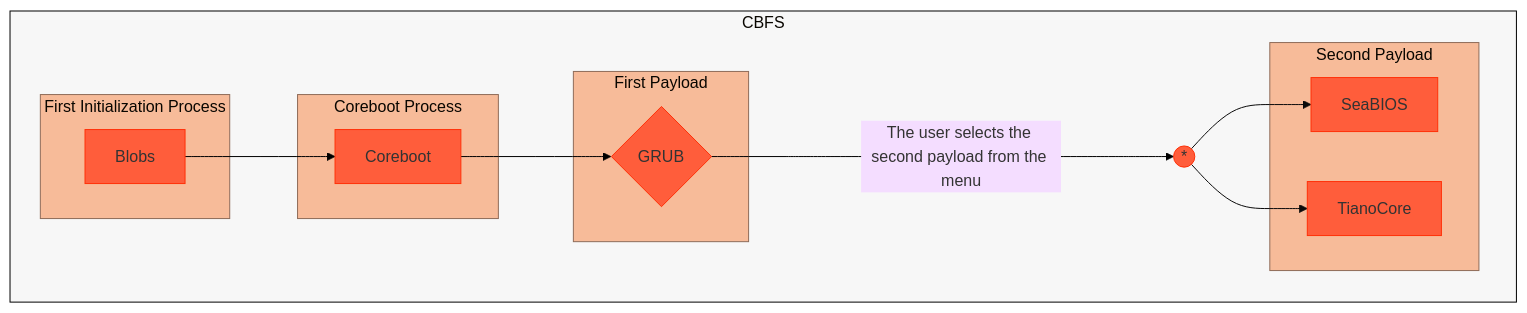
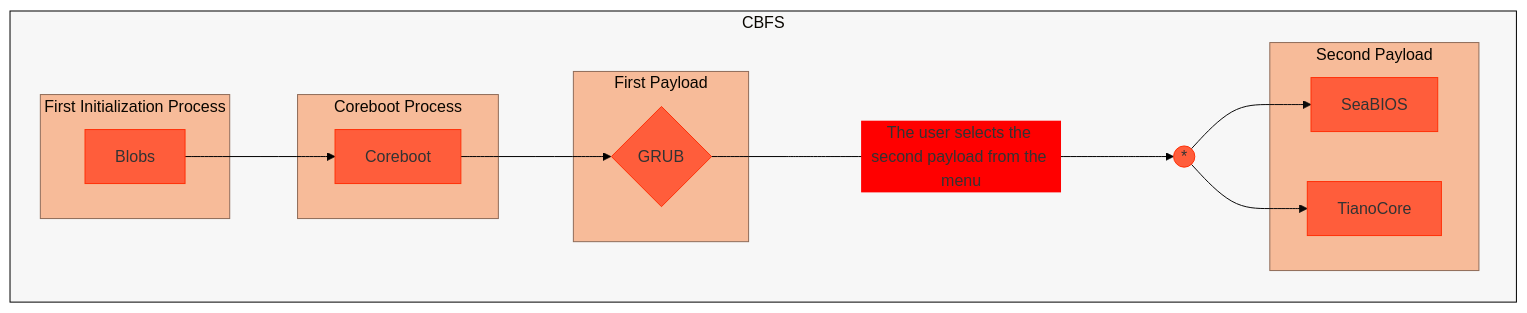
Before and after one commit to Ch3ckm4t3C1ph3r/Lenovo-Ideapad-320-14ISK-_Coreboot-Adaptation_: the diagram in README.md, drawn with Mermaid.

Commit message:
Modify Mermaid diagram styles and configuration
Updated Mermaid diagram configuration and styles in README.

````diff
--- a/README.md
+++ b/README.md
@@ -104,45 +104,46 @@
 ```mermaid
 ---
 config:
   theme: 'base'
+  themeVariables:
+    edgeLabelBackground: '#ff0000'
 ---
 flowchart LR;
     %% Definition of style (and class of style) of each element by id (or by class name)
     style cbfs fill:#f7f7f7,stroke:#000000,stroke-width:1px;
     classDef sbgStyle fill:#F7BB99,stroke:#8F6C59,stroke-width:1px
     classDef nodeStyle fill:#FF5D3B,stroke:#FF3008,stroke-width:1px
     classDef edgeStyle fill:#000000,stroke:#000000,stroke-width:1px
     
     subgraph cbfs[CBFS]
         direction LR
 
         %% Not publicly documented boot process
         subgraph sbg1[First Initialization Process]
         n1[Blobs]
         end
 
         n1[Blobs] e1@--> n2[Coreboot]
 
         subgraph sbg2[Coreboot Process]
         n2[Coreboot]
         end
     
         n2[Coreboot] e2@--> p1{GRUB}
     
         subgraph sbg3[First Payload]
         p1{GRUB}
         end
         
         p1{GRUB} e3@---->|The user selects the second payload from the menu|UNION((*)) e4@--> p2_1[SeaBIOS] & p2_2[TianoCore]
     
         subgraph sbg4[Second Payload]
         p2_1[SeaBIOS] & p2_2[TianoCore]
         end
     end
 
     %% Defining the members of each class
     class sbg1,sbg2,sbg3,sbg4 sbgStyle
     class n1,n2,p1,p2_1,p2_2,UNION nodeStyle
     class e1,e2,e3 edgeStyle
-    linkStyle 2 background-color:#ff0000
 ```
````
